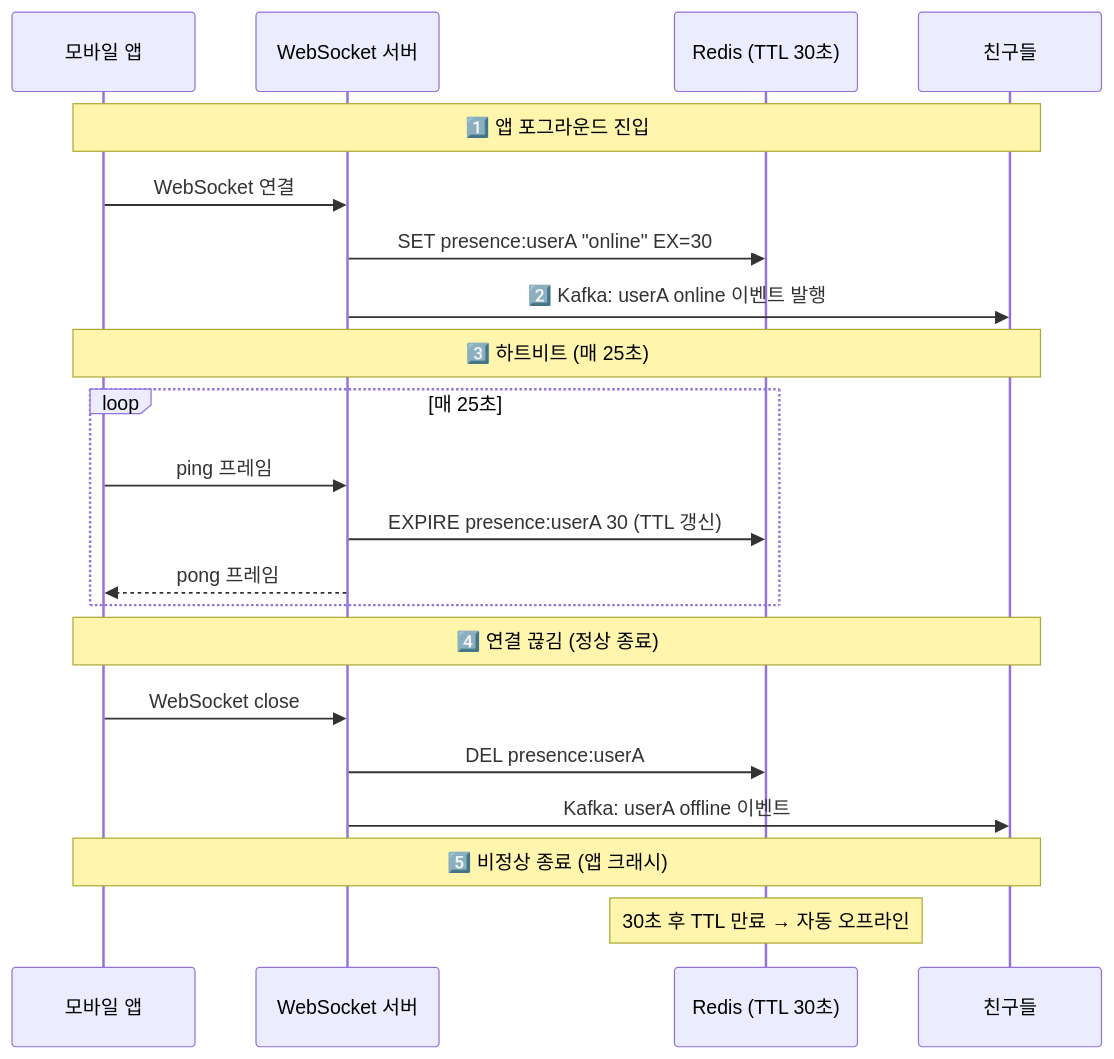
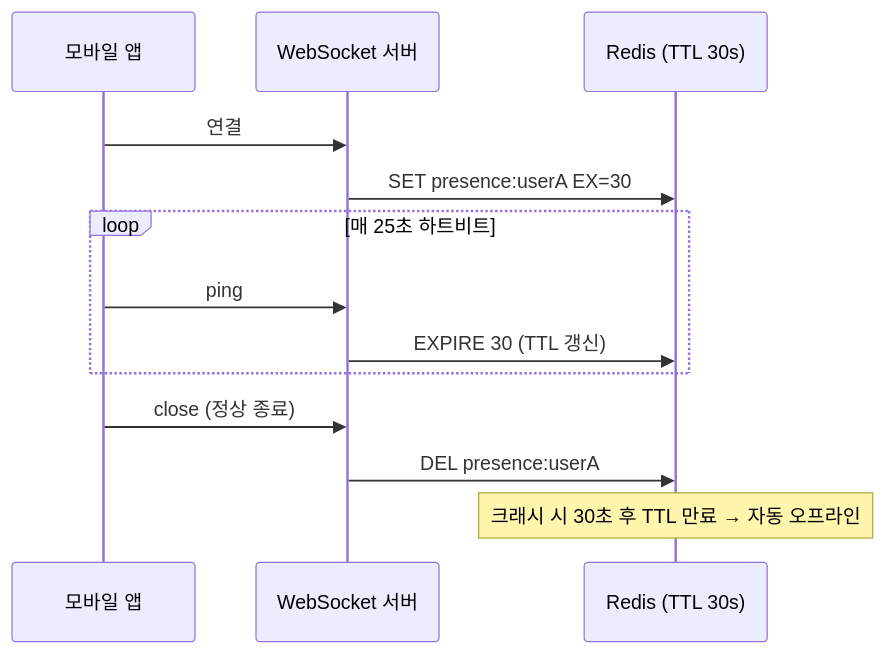
Before and after one commit to yjkim2015/yjkim2015.github.io: the seventh of 9 diagrams in _posts/systemdesign/2026-05-02-system-design-chat.md, drawn with Mermaid. The commit also changed other lines of this file and 215 other files, not shown here.

First line of the commit message:
신규 포스트 10개 추가 + Mermaid 전면 축소 + SystemDesign 시리즈 보강

````diff
--- a/_posts/systemdesign/2026-05-02-system-design-chat.md
+++ b/_posts/systemdesign/2026-05-02-system-design-chat.md
@@ -431,27 +319,15 @@
 ```mermaid
 sequenceDiagram
     participant App as 모바일 앱
     participant WS as WebSocket 서버
-    participant Redis as Redis (TTL 30초)
-    participant Friends as 친구들
-
-    Note over App,Friends: 1️⃣ 앱 포그라운드 진입
-    App->>WS: WebSocket 연결
-    WS->>Redis: SET presence:userA "online" EX=30
-    WS->>Friends: 2️⃣ Kafka: userA online 이벤트 발행
-
-    Note over App,Friends: 3️⃣ 하트비트 (매 25초)
-    loop 매 25초
-        App->>WS: ping 프레임
-        WS->>Redis: EXPIRE presence:userA 30 (TTL 갱신)
-        WS-->>App: pong 프레임
+    participant Redis as Redis (TTL 30s)
+    App->>WS: 연결
+    WS->>Redis: SET presence:userA EX=30
+    loop 매 25초 하트비트
+        App->>WS: ping
+        WS->>Redis: EXPIRE 30 (TTL 갱신)
     end
-
-    Note over App,Friends: 4️⃣ 연결 끊김 (정상 종료)
-    App->>WS: WebSocket close
+    App->>WS: close (정상 종료)
     WS->>Redis: DEL presence:userA
-    WS->>Friends: Kafka: userA offline 이벤트
-
-    Note over App,Friends: 5️⃣ 비정상 종료 (앱 크래시)
-    Note over Redis: 30초 후 TTL 만료 → 자동 오프라인
+    Note over Redis: 크래시 시 30초 후 TTL 만료 → 자동 오프라인
 ```
````
